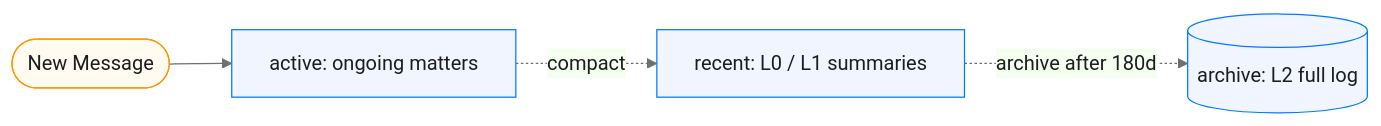
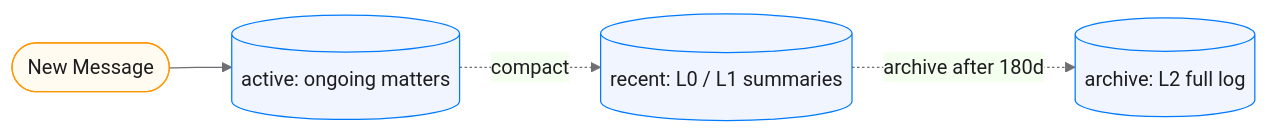
One commit to desirecore/market changed the third of 5 diagrams in skills/tech-diagram/references/templates.md. Above: the diagram before and after it, drawn with Mermaid. The commit also changed other lines of this file and 3 other files, not shown here.

Commit message:
fix(tech-diagram): 采纳 Copilot 评审——模式节点改 biz、记忆层统一圆柱、路径加注、避免行内三反引号

````diff
--- a/skills/tech-diagram/references/templates.md
+++ b/skills/tech-diagram/references/templates.md
@@ -58,15 +62,15 @@
 ```mermaid
 %%{init: {'theme':'base','themeVariables':{'primaryColor':'#F0F5FF','primaryBorderColor':'#007AFF','primaryTextColor':'#1d1d1f','lineColor':'#6e6e73','fontFamily':'-apple-system,SF Pro Text,Noto Sans SC,sans-serif'}}}%%
 flowchart LR
     classDef system fill:#F0F5FF,stroke:#007AFF,color:#1d1d1f
     classDef warn   fill:#FFFBF0,stroke:#FF9500,color:#1d1d1f
 
     New(["New Message"]):::warn
-    Active["active: ongoing matters"]:::system
-    Recent["recent: L0 / L1 summaries"]:::system
+    Active[("active: ongoing matters")]:::system
+    Recent[("recent: L0 / L1 summaries")]:::system
     Archive[("archive: L2 full log")]:::system
 
     New --> Active
     Active -.->|compact| Recent
     Recent -.->|archive after 180d| Archive
 ```
````
